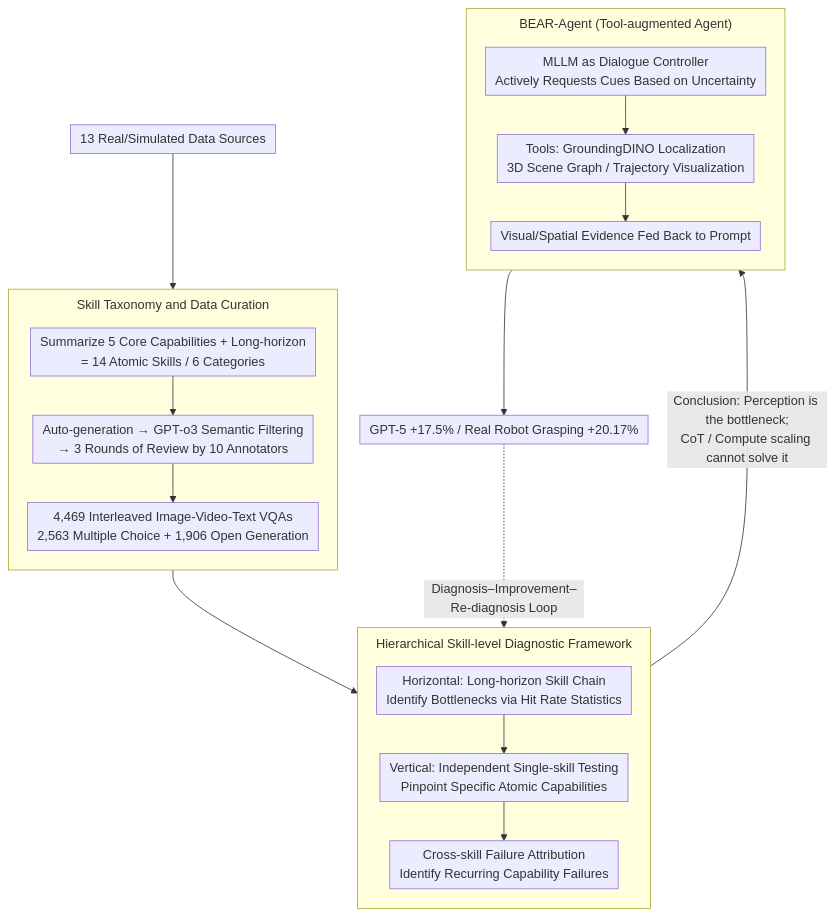
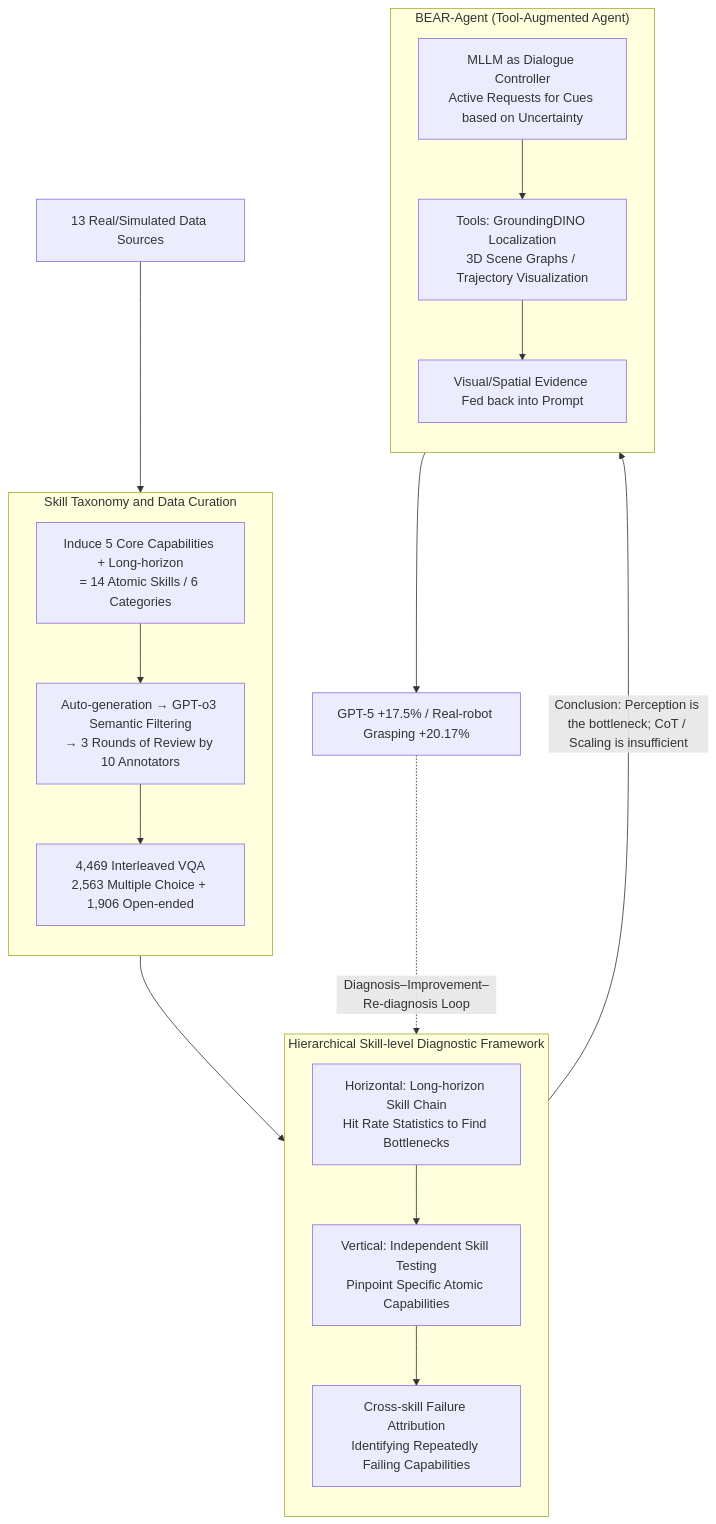
One commit to zhaoyang97/Paper-Notes-en changed the diagram in docs/ICML2026/robotics/dissecting_embodied_abilities_in_multimodal_language_models_through_skill-level_.md. Above: the diagram before and after it, drawn with Mermaid. The commit also changed other lines of this file and 5084 other files, not shown here.

````diff
--- a/docs/ICML2026/robotics/dissecting_embodied_abilities_in_multimodal_language_models_through_skill-level_.md
+++ b/docs/ICML2026/robotics/dissecting_embodied_abilities_in_multimodal_language_models_through_skill-level_.md
@@ -42,24 +42,23 @@
 ```mermaid
-%%{init: {'flowchart': {'rankSpacing': 24, 'nodeSpacing': 28, 'padding': 6, 'wrappingWidth': 400, 'subGraphTitleMargin': {'top': 8, 'bottom': 16}}}}%%
-flowchart TD
+graph TD
     A["13 Real/Simulated Data Sources"] --> S1
     subgraph S1["Skill Taxonomy and Data Curation"]
         direction TB
-        B["Summarize 5 Core Capabilities + Long-horizon<br/>= 14 Atomic Skills / 6 Categories"] --> C["Auto-generation → GPT-o3 Semantic Filtering<br/>→ 3 Rounds of Review by 10 Annotators"]
-        C --> D["4,469 Interleaved Image-Video-Text VQAs<br/>2,563 Multiple Choice + 1,906 Open Generation"]
+        B["Induce 5 Core Capabilities + Long-horizon<br/>= 14 Atomic Skills / 6 Categories"] --> C["Auto-generation → GPT-o3 Semantic Filtering<br/>→ 3 Rounds of Review by 10 Annotators"]
+        C --> D["4,469 Interleaved VQA<br/>2,563 Multiple Choice + 1,906 Open-ended"]
     end
     S1 --> S2
     subgraph S2["Hierarchical Skill-level Diagnostic Framework"]
         direction TB
-        E["Horizontal: Long-horizon Skill Chain<br/>Identify Bottlenecks via Hit Rate Statistics"] --> F["Vertical: Independent Single-skill Testing<br/>Pinpoint Specific Atomic Capabilities"]
-        F --> G["Cross-skill Failure Attribution<br/>Identify Recurring Capability Failures"]
+        E["Horizontal: Long-horizon Skill Chain<br/>Hit Rate Statistics to Find Bottlenecks"] --> F["Vertical: Independent Skill Testing<br/>Pinpoint Specific Atomic Capabilities"]
+        F --> G["Cross-skill Failure Attribution<br/>Identifying Repeatedly Failing Capabilities"]
     end
-    S2 -->|"Conclusion: Perception is the bottleneck;<br/>CoT / Compute scaling cannot solve it"| S3
-    subgraph S3["BEAR-Agent (Tool-augmented Agent)"]
+    S2 -->|"Conclusion: Perception is the bottleneck; CoT / Scaling is insufficient"| S3
+    subgraph S3["BEAR-Agent (Tool-Augmented Agent)"]
         direction TB
-        H["MLLM as Dialogue Controller<br/>Actively Requests Cues Based on Uncertainty"] --> I["Tools: GroundingDINO Localization<br/>3D Scene Graph / Trajectory Visualization"]
-        I --> J["Visual/Spatial Evidence Fed Back to Prompt"]
+        H["MLLM as Dialogue Controller<br/>Active Requests for Cues based on Uncertainty"] --> I["Tools: GroundingDINO Localization<br/>3D Scene Graphs / Trajectory Visualization"]
+        I --> J["Visual/Spatial Evidence Fed back into Prompt"]
     end
-    S3 --> K["GPT-5 +17.5% / Real Robot Grasping +20.17%"]
+    S3 --> K["GPT-5 +17.5% / Real-robot Grasping +20.17%"]
     K -.->|"Diagnosis–Improvement–Re-diagnosis Loop"| S2
 ```
````
